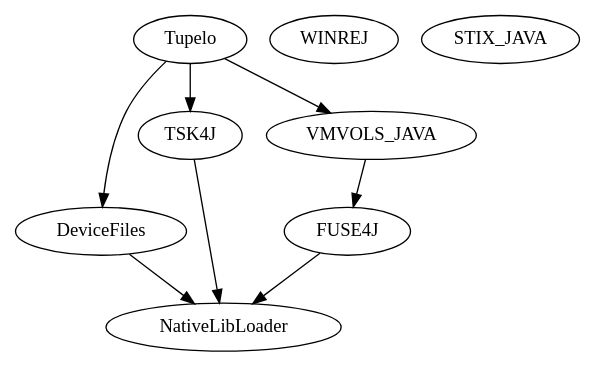
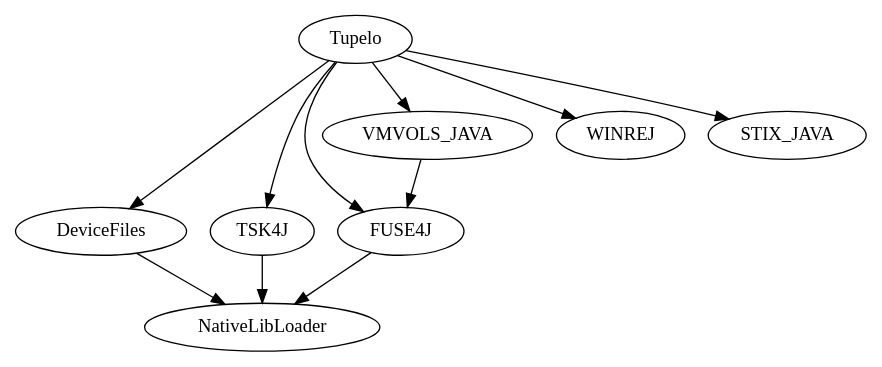
One commit to UW-APL-EIS/tupelo changed the diagram in doc/osdf2016/artifactGraph/artifact.gv. Above: the diagram before and after it, drawn with Graphviz. The commit also changed 1 other file, not shown here.

```diff
--- a/doc/osdf2016/artifactGraph/artifact.gv
+++ b/doc/osdf2016/artifactGraph/artifact.gv
@@ -1,19 +1,21 @@
 digraph {
 	DeviceFiles -> NativeLibLoader;
 
 	TSK4J -> NativeLibLoader;
 
 	FUSE4J -> NativeLibLoader;
 
 	Tupelo -> DeviceFiles;
 
 	Tupelo -> TSK4J;
 
 	Tupelo -> VMVOLS_JAVA;
 
+	Tupelo -> FUSE4J;
+
 	VMVOLS_JAVA -> FUSE4J;
 
-	WINREJ;
+	Tupelo -> WINREJ;
 
-	STIX_JAVA;
+	Tupelo -> STIX_JAVA;
 }
```
